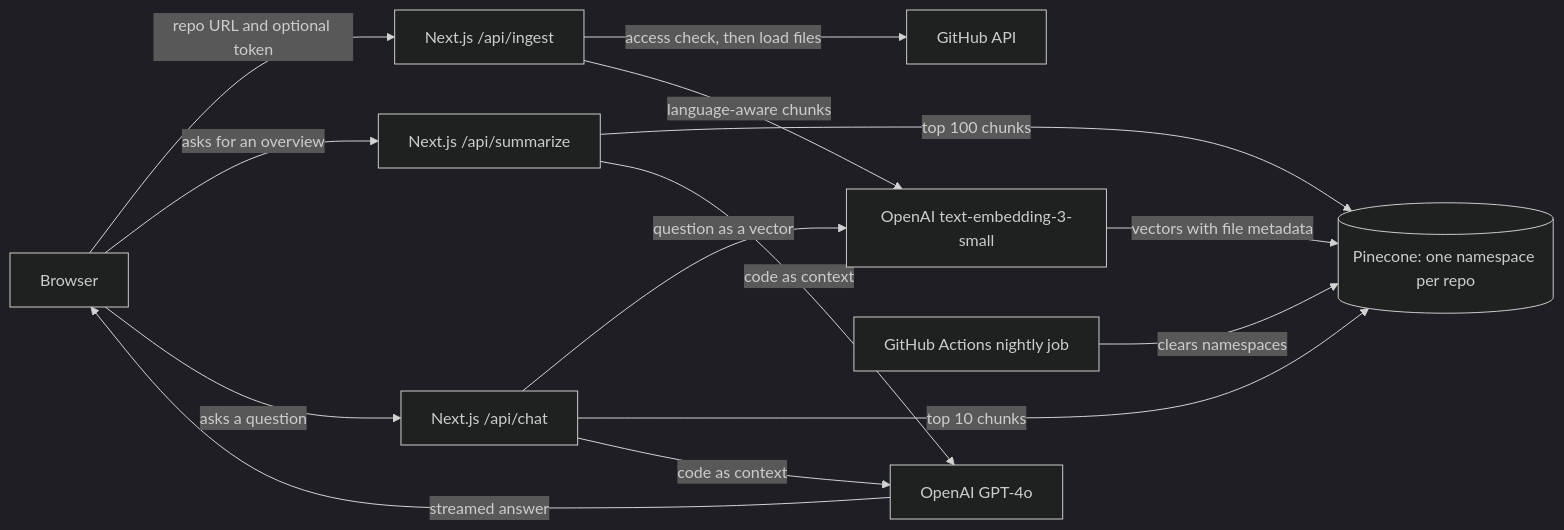
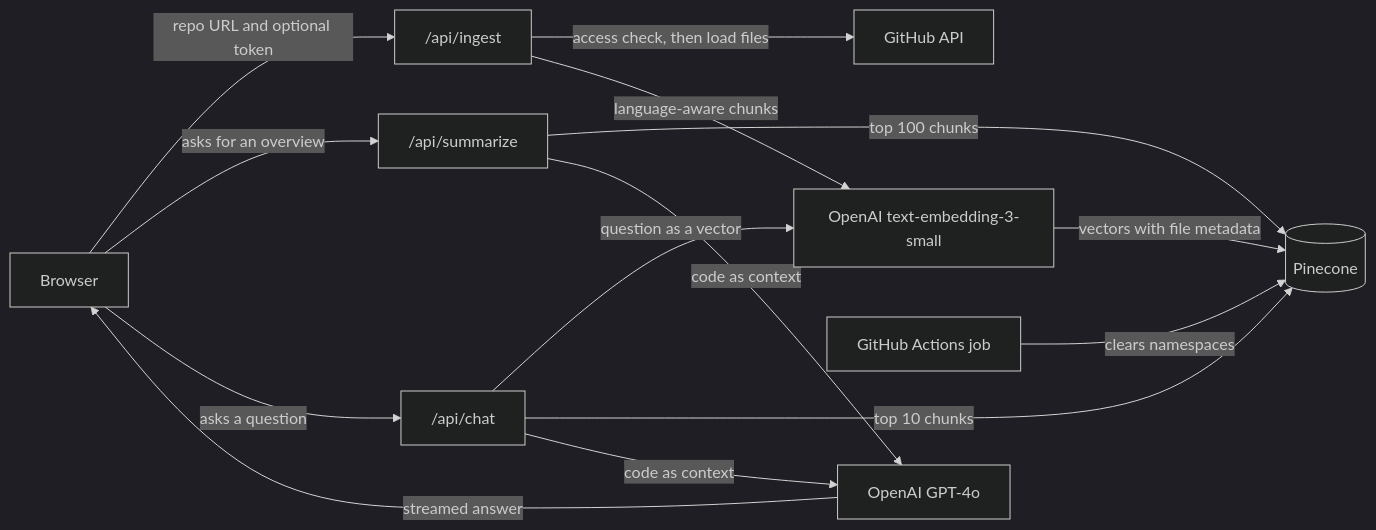
Before and after one commit to nancy-kataria/codebase-intelligence: the diagram in README.md, drawn with Mermaid (dark theme).

Commit message:
archtiectrure label update

````diff
--- a/README.md
+++ b/README.md
@@ -35,26 +35,26 @@
 ```mermaid
 flowchart LR
     browser["Browser"]
-    ingest["Next.js /api/ingest"]
-    summarize["Next.js /api/summarize"]
-    chat["Next.js /api/chat"]
+    ingest["/api/ingest"]
+    summarize["/api/summarize"]
+    chat["/api/chat"]
     github["GitHub API"]
     embed["OpenAI text-embedding-3-small"]
     llm["OpenAI GPT-4o"]
-    pinecone[("Pinecone: one namespace per repo")]
-    cron["GitHub Actions nightly job"]
+    pinecone[("Pinecone")]
+    cron["GitHub Actions job"]
 
     browser -->|"repo URL and optional token"| ingest
     ingest -->|"access check, then load files"| github
     ingest -->|"language-aware chunks"| embed
     browser -->|"asks for an overview"| summarize
     browser -->|"asks a question"| chat
     chat -->|"question as a vector"| embed
     embed -->|"vectors with file metadata"| pinecone
     summarize -->|"top 100 chunks"| pinecone
     chat -->|"top 10 chunks"| pinecone
     summarize -->|"code as context"| llm
     chat -->|"code as context"| llm
     llm -->|"streamed answer"| browser
     cron -->|"clears namespaces"| pinecone
 ```
````
